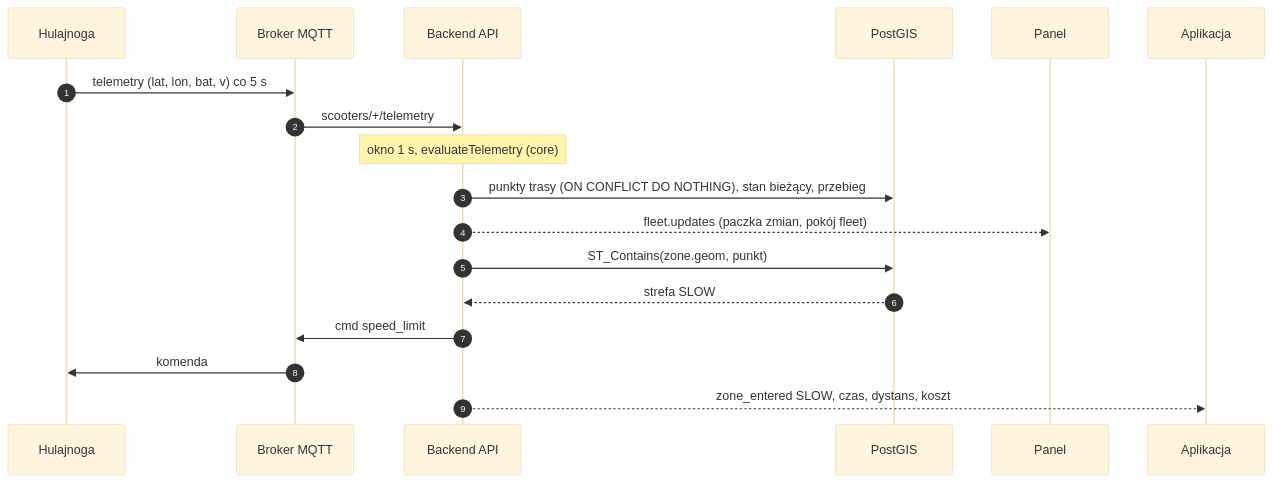
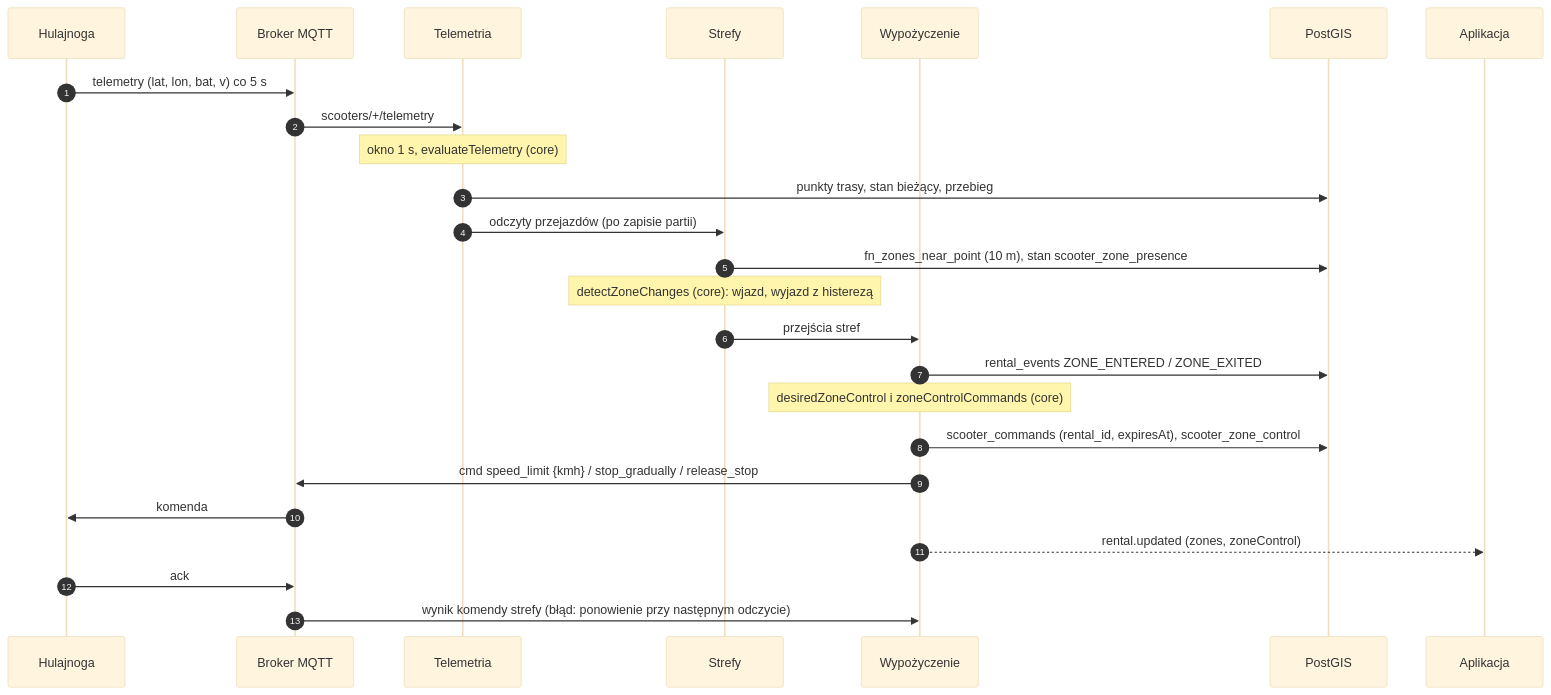
The third of 9 diagrams in docs/arc42/06-widok-czasu-dzialania.md (FifiLen/engineering-project), drawn with Mermaid (base theme) before and after one commit. The commit also changed other lines of this file and 8 other files, not shown here.

````diff
--- a/docs/arc42/06-widok-czasu-dzialania.md
+++ b/docs/arc42/06-widok-czasu-dzialania.md
@@ -64,20 +71,27 @@
 ```mermaid
 sequenceDiagram
     autonumber
     participant H as Hulajnoga
     participant MQ as Broker MQTT
-    participant API as Backend API
+    participant T as Telemetria
+    participant S as Strefy
+    participant W as Wypożyczenie
     participant DB as PostGIS
-    participant P as Panel
     participant A as Aplikacja
     H->>MQ: telemetry (lat, lon, bat, v) co 5 s
-    MQ->>API: scooters/+/telemetry
-    Note over API: okno 1 s, evaluateTelemetry (core)
-    API->>DB: punkty trasy (ON CONFLICT DO NOTHING), stan bieżący, przebieg
-    API-->>P: fleet.updates (paczka zmian, pokój fleet)
-    API->>DB: ST_Contains(zone.geom, punkt)
-    DB-->>API: strefa SLOW
-    API->>MQ: cmd speed_limit
+    MQ->>T: scooters/+/telemetry
+    Note over T: okno 1 s, evaluateTelemetry (core)
+    T->>DB: punkty trasy, stan bieżący, przebieg
+    T->>S: odczyty przejazdów (po zapisie partii)
+    S->>DB: fn_zones_near_point (10 m), stan scooter_zone_presence
+    Note over S: detectZoneChanges (core): wjazd, wyjazd z histerezą
+    S->>W: przejścia stref
+    W->>DB: rental_events ZONE_ENTERED / ZONE_EXITED
+    Note over W: desiredZoneControl i zoneControlCommands (core)
+    W->>DB: scooter_commands (rental_id, expiresAt), scooter_zone_control
+    W->>MQ: cmd speed_limit {kmh} / stop_gradually / release_stop
     MQ->>H: komenda
-    API-->>A: zone_entered SLOW, czas, dystans, koszt
+    W-->>A: rental.updated (zones, zoneControl)
+    H->>MQ: ack
+    MQ->>W: wynik komendy strefy (błąd: ponowienie przy następnym odczycie)
 ```
````
